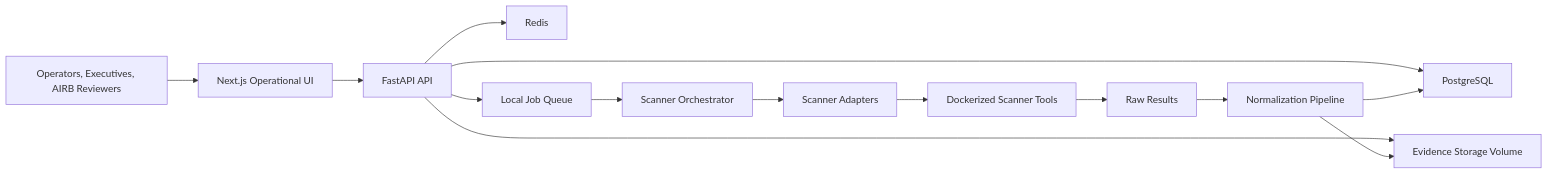
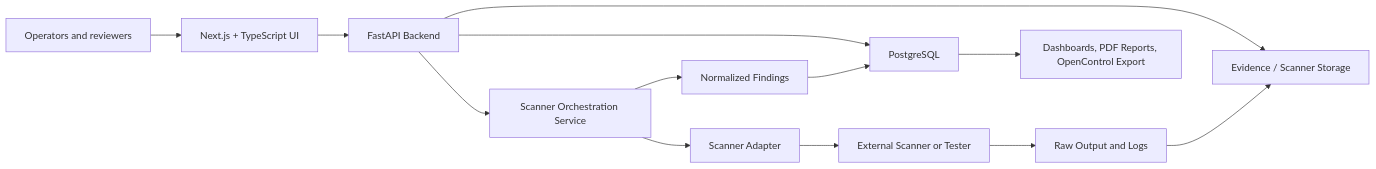
The diagram in docs/architecture/architecture-overview.md (araidata/air-platform), drawn with Mermaid before and after one commit. The commit also changed other lines of this file and 45 other files, not shown here.

````diff
--- a/docs/architecture/architecture-overview.md
+++ b/docs/architecture/architecture-overview.md
@@ -7,16 +7,15 @@
 ```mermaid
 flowchart LR
-    User["Operators, Executives, AIRB Reviewers"] --> UI["Next.js Operational UI"]
-    UI --> API["FastAPI API"]
-    API --> DB["PostgreSQL"]
-    API --> Cache["Redis"]
-    API --> Evidence["Evidence Storage Volume"]
-    API --> Queue["Local Job Queue"]
-    Queue --> Runner["Scanner Orchestrator"]
-    Runner --> Adapters["Scanner Adapters"]
-    Adapters --> Containers["Dockerized Scanner Tools"]
-    Containers --> Results["Raw Results"]
-    Results --> Normalizer["Normalization Pipeline"]
-    Normalizer --> DB
-    Normalizer --> Evidence
+  User["Operators and reviewers"] --> UI["Next.js + TypeScript UI"]
+  UI --> API["FastAPI Backend"]
+  API --> DB["PostgreSQL"]
+  API --> Storage["Evidence / Scanner Storage"]
+  API --> Orchestrator["Scanner Orchestration Service"]
+  Orchestrator --> Adapter["Scanner Adapter"]
+  Adapter --> Tool["External Scanner or Tester"]
+  Tool --> Raw["Raw Output and Logs"]
+  Raw --> Storage
+  Orchestrator --> Findings["Normalized Findings"]
+  Findings --> DB
+  DB --> Reports["Dashboards, PDF Reports, OpenControl Export"]
 ```
````
